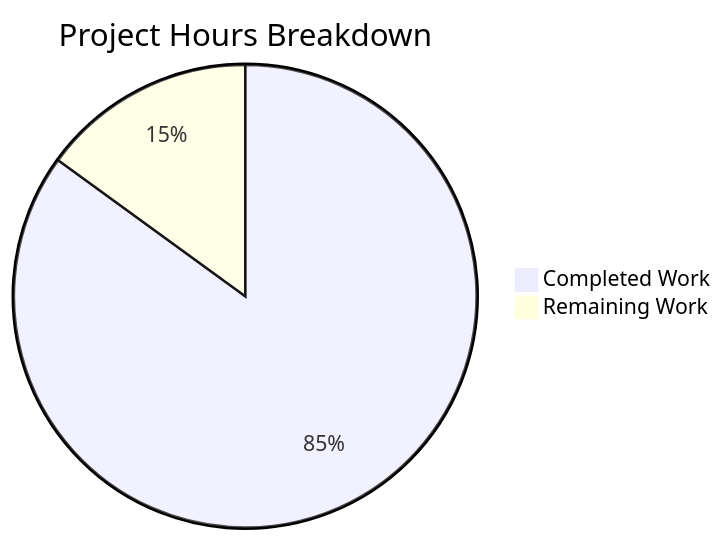
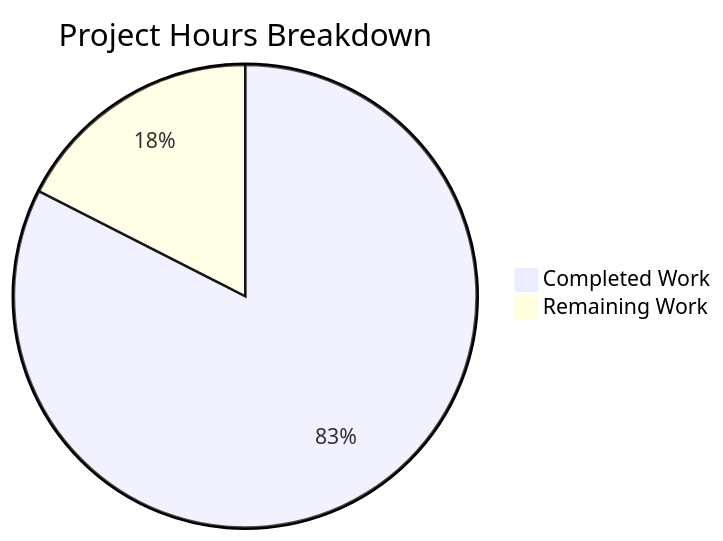
Before and after one commit to shaliniblitzy/05march_1-age: the second of 2 diagrams in blitzy/documentation/Project Guide.md, drawn with Mermaid. The commit also changed other lines of this file, not shown here.

Commit message:
Adding Blitzy Project Guide: Project Status and Human Tasks Remaining

````diff
--- a/blitzy/documentation/Project Guide.md
+++ b/blitzy/documentation/Project Guide.md
@@ -183,5 +181,5 @@
 ```mermaid
 pie title Project Hours Breakdown
-    "Completed Work" : 17
-    "Remaining Work" : 3
+    "Completed Work" : 33
+    "Remaining Work" : 7
 ```
````
